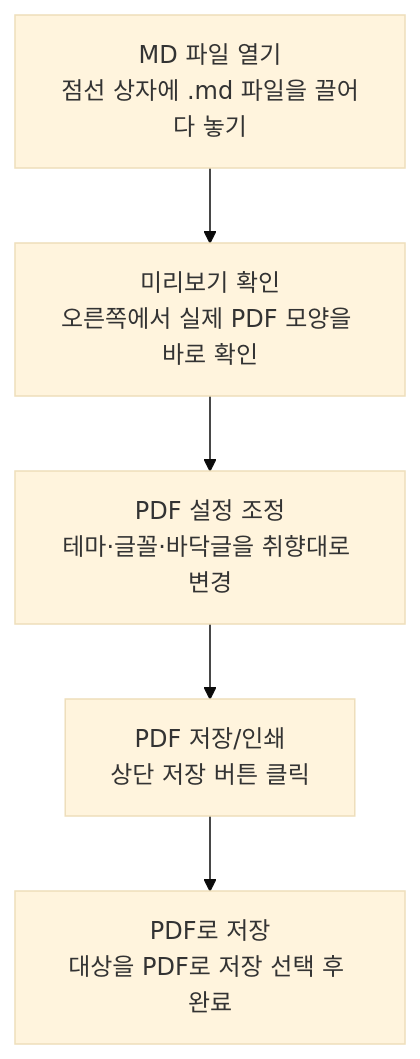
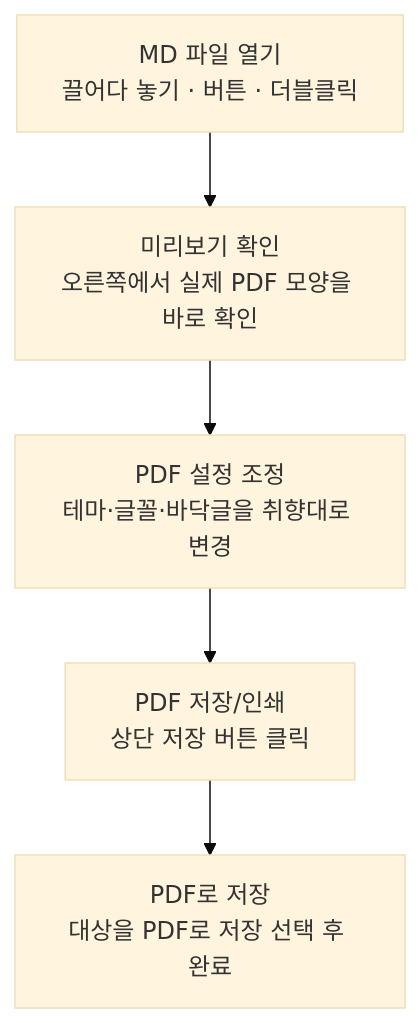
The first of 4 diagrams in MDeautify_사용안내서.md (felixleee/MDeautify), drawn with Mermaid (base theme) before and after one commit. The commit also changed other lines of this file and 14 other files, not shown here.

````diff
--- a/MDeautify_사용안내서.md
+++ b/MDeautify_사용안내서.md
@@ -23,7 +23,7 @@
 ```mermaid
 flowchart TD
-A["MD 파일 열기<br>점선 상자에 .md 파일을 끌어다 놓기"] --> B["미리보기 확인<br>오른쪽에서 실제 PDF 모양을 바로 확인"]
+A["MD 파일 열기<br>끌어다 놓기 · 버튼 · 더블클릭"] --> B["미리보기 확인<br>오른쪽에서 실제 PDF 모양을 바로 확인"]
 B --> C["PDF 설정 조정<br>테마·글꼴·바닥글을 취향대로 변경"]
 C --> D["PDF 저장/인쇄<br>상단 저장 버튼 클릭"]
 D --> E["PDF로 저장<br>대상을 PDF로 저장 선택 후 완료"]
 ```
````
